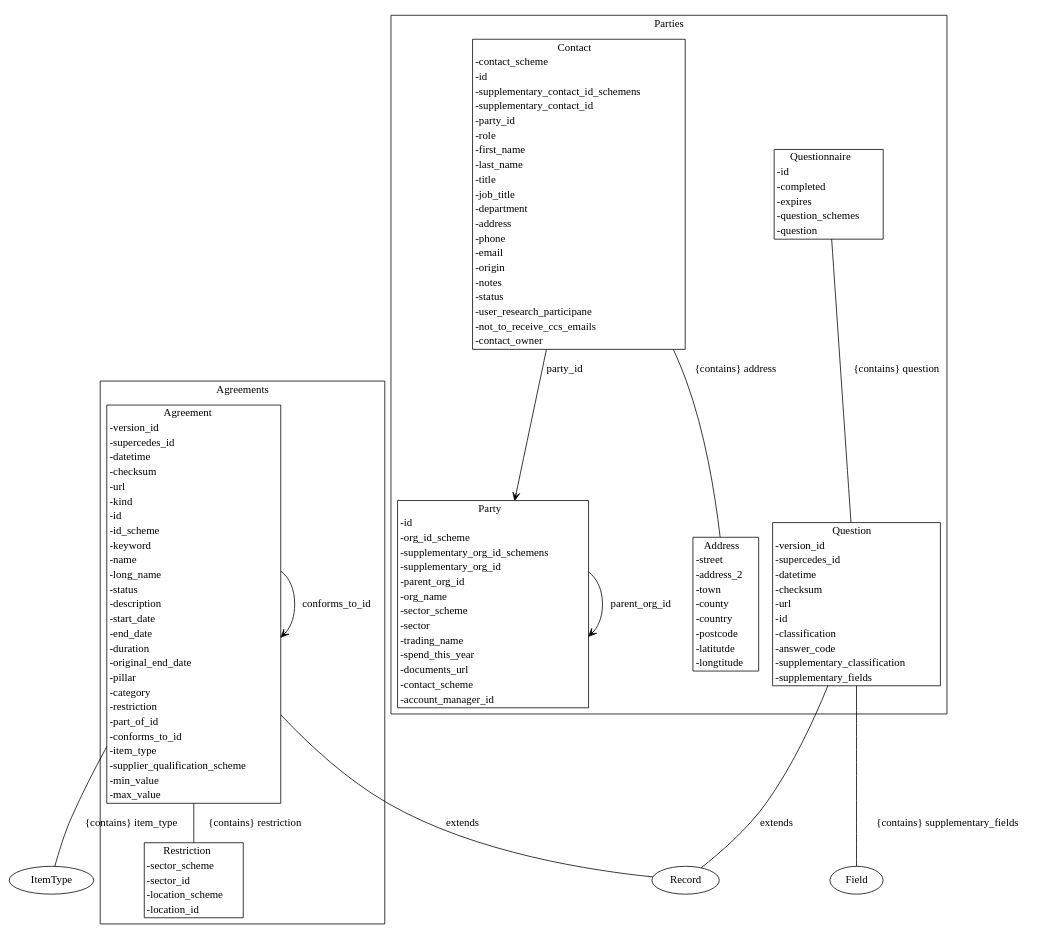
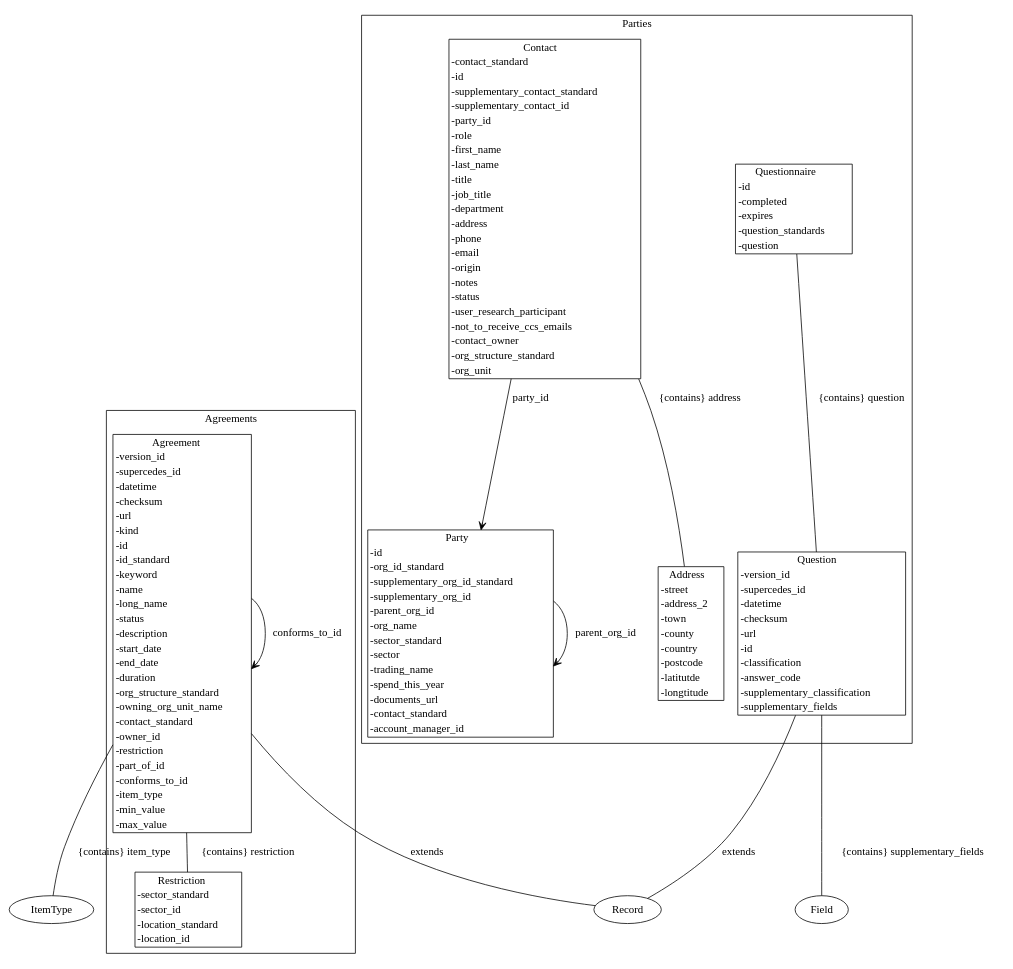
The diagram in gen/diagrams/metamodel.dot (Crown-Commercial-Service/ccs-data-model), drawn with Graphviz before and after one commit. The commit also changed 38 other files, not shown here.

First line of the commit message:
Version 0.1.3 scheme -> standard

```diff
--- a/gen/diagrams/metamodel.dot
+++ b/gen/diagrams/metamodel.dot
@@ -1,28 +1,28 @@
 strict digraph {
 subgraph cluster_Agreements {
 node [shape=plaintext margin=0];
 label=Agreements;
-"Restriction" [label=<<table BORDER="1" CELLBORDER="0" CELLSPACING="0"><TH><TD>Restriction</TD></TH><TR><TD ALIGN="LEFT">-sector_scheme</TD></TR><TR><TD ALIGN="LEFT">-sector_id</TD></TR><TR><TD ALIGN="LEFT">-location_scheme</TD></TR><TR><TD ALIGN="LEFT">-location_id</TD></TR></table>>];
-"Agreement" [label=<<table BORDER="1" CELLBORDER="0" CELLSPACING="0"><TH><TD>Agreement</TD></TH><TR><TD ALIGN="LEFT">-version_id</TD></TR><TR><TD ALIGN="LEFT">-supercedes_id</TD></TR><TR><TD ALIGN="LEFT">-datetime</TD></TR><TR><TD ALIGN="LEFT">-checksum</TD></TR><TR><TD ALIGN="LEFT">-url</TD></TR><TR><TD ALIGN="LEFT">-kind</TD></TR><TR><TD ALIGN="LEFT">-id</TD></TR><TR><TD ALIGN="LEFT">-id_scheme</TD></TR><TR><TD ALIGN="LEFT">-keyword</TD></TR><TR><TD ALIGN="LEFT">-name</TD></TR><TR><TD ALIGN="LEFT">-long_name</TD></TR><TR><TD ALIGN="LEFT">-status</TD></TR><TR><TD ALIGN="LEFT">-description</TD></TR><TR><TD ALIGN="LEFT">-start_date</TD></TR><TR><TD ALIGN="LEFT">-end_date</TD></TR><TR><TD ALIGN="LEFT">-duration</TD></TR><TR><TD ALIGN="LEFT">-original_end_date</TD></TR><TR><TD ALIGN="LEFT">-pillar</TD></TR><TR><TD ALIGN="LEFT">-category</TD></TR><TR><TD ALIGN="LEFT">-restriction</TD></TR><TR><TD ALIGN="LEFT">-part_of_id</TD></TR><TR><TD ALIGN="LEFT">-conforms_to_id</TD></TR><TR><TD ALIGN="LEFT">-item_type</TD></TR><TR><TD ALIGN="LEFT">-supplier_qualification_scheme</TD></TR><TR><TD ALIGN="LEFT">-min_value</TD></TR><TR><TD ALIGN="LEFT">-max_value</TD></TR></table>>];
+"Restriction" [label=<<table BORDER="1" CELLBORDER="0" CELLSPACING="0"><TH><TD>Restriction</TD></TH><TR><TD ALIGN="LEFT">-sector_standard</TD></TR><TR><TD ALIGN="LEFT">-sector_id</TD></TR><TR><TD ALIGN="LEFT">-location_standard</TD></TR><TR><TD ALIGN="LEFT">-location_id</TD></TR></table>>];
+"Agreement" [label=<<table BORDER="1" CELLBORDER="0" CELLSPACING="0"><TH><TD>Agreement</TD></TH><TR><TD ALIGN="LEFT">-version_id</TD></TR><TR><TD ALIGN="LEFT">-supercedes_id</TD></TR><TR><TD ALIGN="LEFT">-datetime</TD></TR><TR><TD ALIGN="LEFT">-checksum</TD></TR><TR><TD ALIGN="LEFT">-url</TD></TR><TR><TD ALIGN="LEFT">-kind</TD></TR><TR><TD ALIGN="LEFT">-id</TD></TR><TR><TD ALIGN="LEFT">-id_standard</TD></TR><TR><TD ALIGN="LEFT">-keyword</TD></TR><TR><TD ALIGN="LEFT">-name</TD></TR><TR><TD ALIGN="LEFT">-long_name</TD></TR><TR><TD ALIGN="LEFT">-status</TD></TR><TR><TD ALIGN="LEFT">-description</TD></TR><TR><TD ALIGN="LEFT">-start_date</TD></TR><TR><TD ALIGN="LEFT">-end_date</TD></TR><TR><TD ALIGN="LEFT">-duration</TD></TR><TR><TD ALIGN="LEFT">-org_structure_standard</TD></TR><TR><TD ALIGN="LEFT">-owning_org_unit_name</TD></TR><TR><TD ALIGN="LEFT">-contact_standard</TD></TR><TR><TD ALIGN="LEFT">-owner_id</TD></TR><TR><TD ALIGN="LEFT">-restriction</TD></TR><TR><TD ALIGN="LEFT">-part_of_id</TD></TR><TR><TD ALIGN="LEFT">-conforms_to_id</TD></TR><TR><TD ALIGN="LEFT">-item_type</TD></TR><TR><TD ALIGN="LEFT">-min_value</TD></TR><TR><TD ALIGN="LEFT">-max_value</TD></TR></table>>];
 }
 subgraph cluster_Parties {
 node [shape=plaintext margin=0];
 label=Parties;
 "Question" [label=<<table BORDER="1" CELLBORDER="0" CELLSPACING="0"><TH><TD>Question</TD></TH><TR><TD ALIGN="LEFT">-version_id</TD></TR><TR><TD ALIGN="LEFT">-supercedes_id</TD></TR><TR><TD ALIGN="LEFT">-datetime</TD></TR><TR><TD ALIGN="LEFT">-checksum</TD></TR><TR><TD ALIGN="LEFT">-url</TD></TR><TR><TD ALIGN="LEFT">-id</TD></TR><TR><TD ALIGN="LEFT">-classification</TD></TR><TR><TD ALIGN="LEFT">-answer_code</TD></TR><TR><TD ALIGN="LEFT">-supplementary_classification</TD></TR><TR><TD ALIGN="LEFT">-supplementary_fields</TD></TR></table>>];
-"Questionnaire" [label=<<table BORDER="1" CELLBORDER="0" CELLSPACING="0"><TH><TD>Questionnaire</TD></TH><TR><TD ALIGN="LEFT">-id</TD></TR><TR><TD ALIGN="LEFT">-completed</TD></TR><TR><TD ALIGN="LEFT">-expires</TD></TR><TR><TD ALIGN="LEFT">-question_schemes</TD></TR><TR><TD ALIGN="LEFT">-question</TD></TR></table>>];
-"Party" [label=<<table BORDER="1" CELLBORDER="0" CELLSPACING="0"><TH><TD>Party</TD></TH><TR><TD ALIGN="LEFT">-id</TD></TR><TR><TD ALIGN="LEFT">-org_id_scheme</TD></TR><TR><TD ALIGN="LEFT">-supplementary_org_id_schemens</TD></TR><TR><TD ALIGN="LEFT">-supplementary_org_id</TD></TR><TR><TD ALIGN="LEFT">-parent_org_id</TD></TR><TR><TD ALIGN="LEFT">-org_name</TD></TR><TR><TD ALIGN="LEFT">-sector_scheme</TD></TR><TR><TD ALIGN="LEFT">-sector</TD></TR><TR><TD ALIGN="LEFT">-trading_name</TD></TR><TR><TD ALIGN="LEFT">-spend_this_year</TD></TR><TR><TD ALIGN="LEFT">-documents_url</TD></TR><TR><TD ALIGN="LEFT">-contact_scheme</TD></TR><TR><TD ALIGN="LEFT">-account_manager_id</TD></TR></table>>];
+"Questionnaire" [label=<<table BORDER="1" CELLBORDER="0" CELLSPACING="0"><TH><TD>Questionnaire</TD></TH><TR><TD ALIGN="LEFT">-id</TD></TR><TR><TD ALIGN="LEFT">-completed</TD></TR><TR><TD ALIGN="LEFT">-expires</TD></TR><TR><TD ALIGN="LEFT">-question_standards</TD></TR><TR><TD ALIGN="LEFT">-question</TD></TR></table>>];
+"Party" [label=<<table BORDER="1" CELLBORDER="0" CELLSPACING="0"><TH><TD>Party</TD></TH><TR><TD ALIGN="LEFT">-id</TD></TR><TR><TD ALIGN="LEFT">-org_id_standard</TD></TR><TR><TD ALIGN="LEFT">-supplementary_org_id_standard</TD></TR><TR><TD ALIGN="LEFT">-supplementary_org_id</TD></TR><TR><TD ALIGN="LEFT">-parent_org_id</TD></TR><TR><TD ALIGN="LEFT">-org_name</TD></TR><TR><TD ALIGN="LEFT">-sector_standard</TD></TR><TR><TD ALIGN="LEFT">-sector</TD></TR><TR><TD ALIGN="LEFT">-trading_name</TD></TR><TR><TD ALIGN="LEFT">-spend_this_year</TD></TR><TR><TD ALIGN="LEFT">-documents_url</TD></TR><TR><TD ALIGN="LEFT">-contact_standard</TD></TR><TR><TD ALIGN="LEFT">-account_manager_id</TD></TR></table>>];
 "Address" [label=<<table BORDER="1" CELLBORDER="0" CELLSPACING="0"><TH><TD>Address</TD></TH><TR><TD ALIGN="LEFT">-street</TD></TR><TR><TD ALIGN="LEFT">-address_2</TD></TR><TR><TD ALIGN="LEFT">-town</TD></TR><TR><TD ALIGN="LEFT">-county</TD></TR><TR><TD ALIGN="LEFT">-country</TD></TR><TR><TD ALIGN="LEFT">-postcode</TD></TR><TR><TD ALIGN="LEFT">-latitutde</TD></TR><TR><TD ALIGN="LEFT">-longtitude</TD></TR></table>>];
-"Contact" [label=<<table BORDER="1" CELLBORDER="0" CELLSPACING="0"><TH><TD>Contact</TD></TH><TR><TD ALIGN="LEFT">-contact_scheme</TD></TR><TR><TD ALIGN="LEFT">-id</TD></TR><TR><TD ALIGN="LEFT">-supplementary_contact_id_schemens</TD></TR><TR><TD ALIGN="LEFT">-supplementary_contact_id</TD></TR><TR><TD ALIGN="LEFT">-party_id</TD></TR><TR><TD ALIGN="LEFT">-role</TD></TR><TR><TD ALIGN="LEFT">-first_name</TD></TR><TR><TD ALIGN="LEFT">-last_name</TD></TR><TR><TD ALIGN="LEFT">-title</TD></TR><TR><TD ALIGN="LEFT">-job_title</TD></TR><TR><TD ALIGN="LEFT">-department</TD></TR><TR><TD ALIGN="LEFT">-address</TD></TR><TR><TD ALIGN="LEFT">-phone</TD></TR><TR><TD ALIGN="LEFT">-email</TD></TR><TR><TD ALIGN="LEFT">-origin</TD></TR><TR><TD ALIGN="LEFT">-notes</TD></TR><TR><TD ALIGN="LEFT">-status</TD></TR><TR><TD ALIGN="LEFT">-user_research_participane</TD></TR><TR><TD ALIGN="LEFT">-not_to_receive_ccs_emails</TD></TR><TR><TD ALIGN="LEFT">-contact_owner</TD></TR></table>>];
+"Contact" [label=<<table BORDER="1" CELLBORDER="0" CELLSPACING="0"><TH><TD>Contact</TD></TH><TR><TD ALIGN="LEFT">-contact_standard</TD></TR><TR><TD ALIGN="LEFT">-id</TD></TR><TR><TD ALIGN="LEFT">-supplementary_contact_standard</TD></TR><TR><TD ALIGN="LEFT">-supplementary_contact_id</TD></TR><TR><TD ALIGN="LEFT">-party_id</TD></TR><TR><TD ALIGN="LEFT">-role</TD></TR><TR><TD ALIGN="LEFT">-first_name</TD></TR><TR><TD ALIGN="LEFT">-last_name</TD></TR><TR><TD ALIGN="LEFT">-title</TD></TR><TR><TD ALIGN="LEFT">-job_title</TD></TR><TR><TD ALIGN="LEFT">-department</TD></TR><TR><TD ALIGN="LEFT">-address</TD></TR><TR><TD ALIGN="LEFT">-phone</TD></TR><TR><TD ALIGN="LEFT">-email</TD></TR><TR><TD ALIGN="LEFT">-origin</TD></TR><TR><TD ALIGN="LEFT">-notes</TD></TR><TR><TD ALIGN="LEFT">-status</TD></TR><TR><TD ALIGN="LEFT">-user_research_participant</TD></TR><TR><TD ALIGN="LEFT">-not_to_receive_ccs_emails</TD></TR><TR><TD ALIGN="LEFT">-contact_owner</TD></TR><TR><TD ALIGN="LEFT">-org_structure_standard</TD></TR><TR><TD ALIGN="LEFT">-org_unit</TD></TR></table>>];
 }
 "Agreement" -> "Record" [label="extends" arrowhead = "none" arrowtail = "normal" ];
 "Agreement" -> "Restriction" [label="{contains} restriction" arrowhead = "none" arrowtail = "diamond" ];
 "Agreement" -> "Agreement" [label="part_of_id" arrowhead = "open" arrowtail = "none" ];
 "Agreement" -> "Agreement" [label="conforms_to_id" arrowhead = "open" arrowtail = "none" ];
 "Agreement" -> "ItemType" [label="{contains} item_type" arrowhead = "none" arrowtail = "diamond" ];
 "Question" -> "Record" [label="extends" arrowhead = "none" arrowtail = "normal" ];
 "Question" -> "Field" [label="{contains} supplementary_fields" arrowhead = "none" arrowtail = "diamond" ];
 "Questionnaire" -> "Question" [label="{contains} question" arrowhead = "none" arrowtail = "diamond" ];
 "Party" -> "Party" [label="parent_org_id" arrowhead = "open" arrowtail = "none" ];
 "Contact" -> "Party" [label="party_id" arrowhead = "open" arrowtail = "none" ];
 "Contact" -> "Address" [label="{contains} address" arrowhead = "none" arrowtail = "diamond" ];
 }
```
